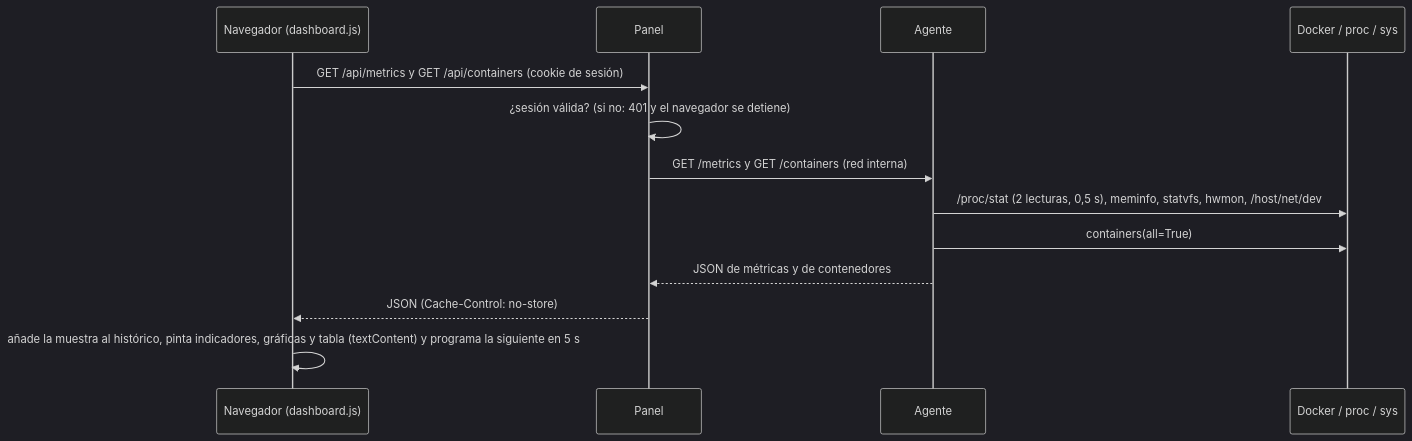
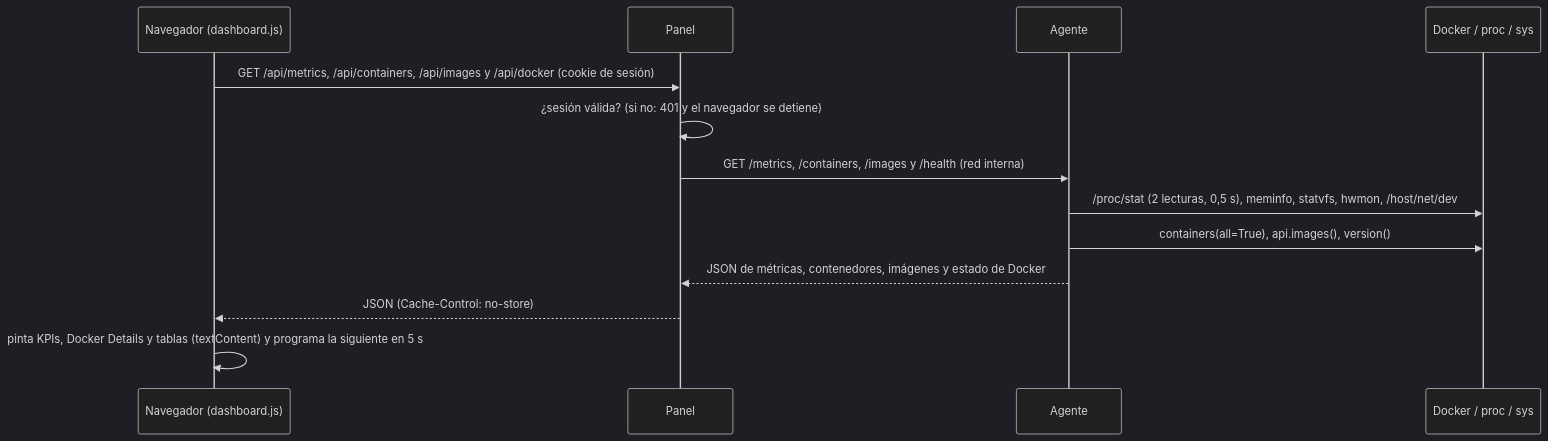
Before and after one commit to javialbala/Server-Monitoring-Service: the second of 2 diagrams in docs/03-arquitectura.md, drawn with Mermaid (dark theme). The commit also changed other lines of this file and 32 other files, not shown here.

````diff
--- a/docs/03-arquitectura.md
+++ b/docs/03-arquitectura.md
@@ -53,16 +53,16 @@
 ```mermaid
 sequenceDiagram
     participant B as Navegador (dashboard.js)
     participant P as Panel
     participant A as Agente
     participant D as Docker / proc / sys
 
-    B->>P: GET /api/metrics y GET /api/containers (cookie de sesión)
+    B->>P: GET /api/metrics, /api/containers, /api/images y /api/docker (cookie de sesión)
     P->>P: ¿sesión válida? (si no: 401 y el navegador se detiene)
-    P->>A: GET /metrics y GET /containers (red interna)
+    P->>A: GET /metrics, /containers, /images y /health (red interna)
     A->>D: /proc/stat (2 lecturas, 0,5 s), meminfo, statvfs, hwmon, /host/net/dev
-    A->>D: containers(all=True)
-    A-->>P: JSON de métricas y de contenedores
+    A->>D: containers(all=True), api.images(), version()
+    A-->>P: JSON de métricas, contenedores, imágenes y estado de Docker
     P-->>B: JSON (Cache-Control: no-store)
-    B->>B: añade la muestra al histórico, pinta indicadores, gráficas y tabla (textContent) y programa la siguiente en 5 s
+    B->>B: pinta KPIs, Docker Details y tablas (textContent) y programa la siguiente en 5 s
 ```
````
